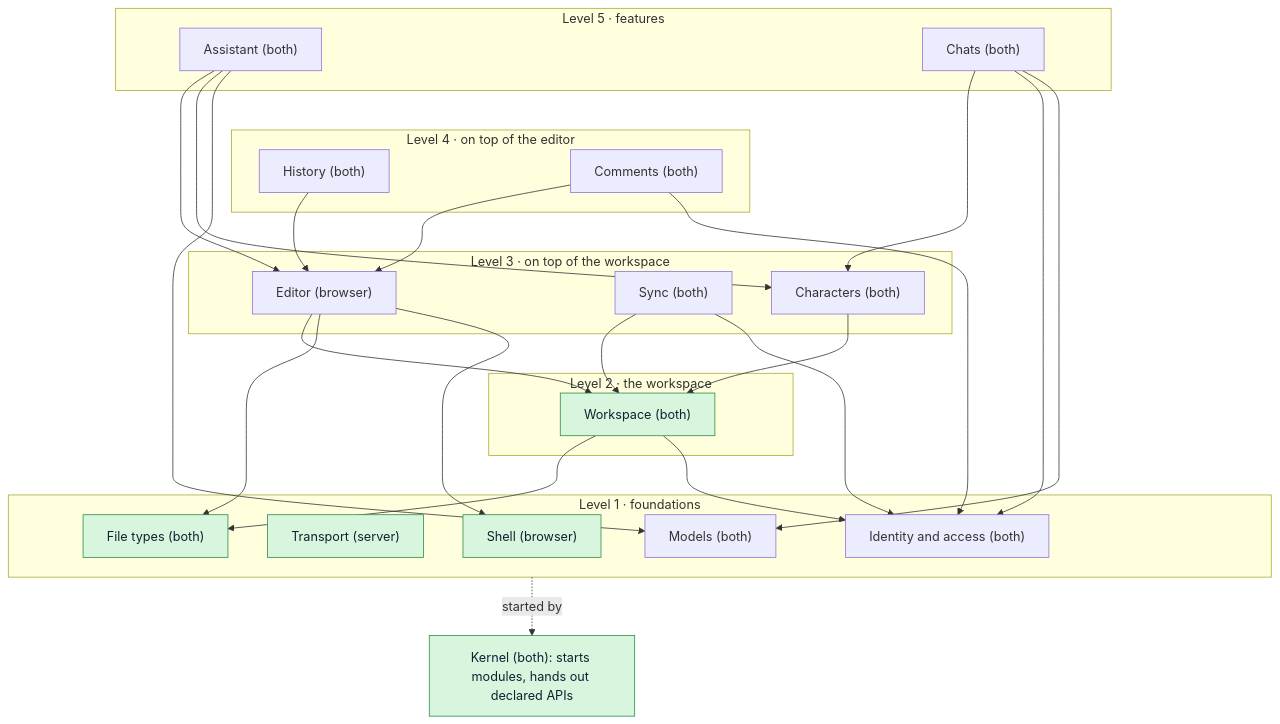
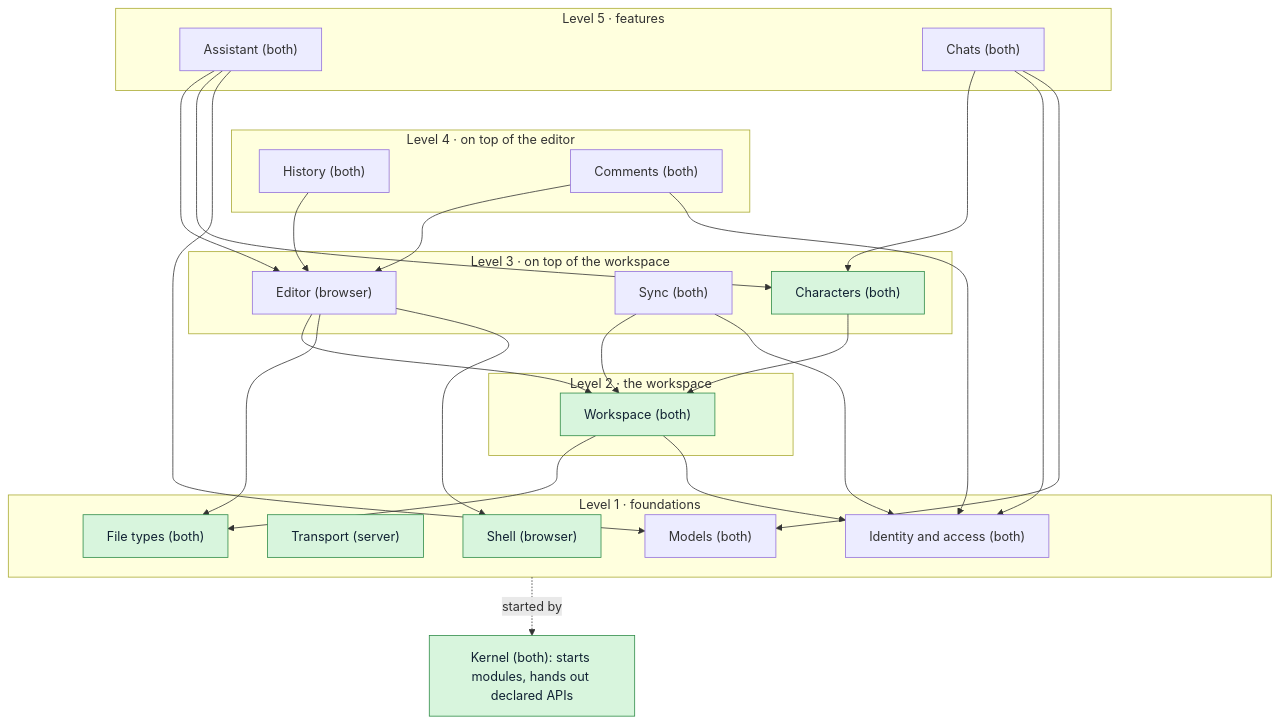
One commit to RustColeone/StiloMarker changed the first of 5 diagrams in docs/ARCHITECTURE.md. Above: the diagram before and after it, drawn with Mermaid. The commit also changed other lines of this file and 24 other files, not shown here.

````diff
--- a/docs/ARCHITECTURE.md
+++ b/docs/ARCHITECTURE.md
@@ -46,41 +46,41 @@
 ```mermaid
 flowchart TB
   subgraph L5["Level 5 · features"]
     Assistant["Assistant (both)"]
     Chats["Chats (both)"]
   end
   subgraph L4["Level 4 · on top of the editor"]
     History["History (both)"]
     Comments["Comments (both)"]
   end
   subgraph L3["Level 3 · on top of the workspace"]
     Editor["Editor (browser)"]
     Sync["Sync (both)"]
     Characters["Characters (both)"]
   end
   subgraph L2["Level 2 · the workspace"]
     Workspace["Workspace (both)"]
   end
   subgraph L1["Level 1 · foundations"]
     Shell["Shell (browser)"]
     Transport["Transport (server)"]
     Identity["Identity and access (both)"]
     FileTypes["File types (both)"]
     Models["Models (both)"]
   end
   Kernel["Kernel (both): starts modules, hands out declared APIs"]
 
   Assistant --> Editor & Characters & Models
   Chats --> Characters & Identity & Models
   History --> Editor
   Comments --> Editor & Identity
   Editor --> Workspace & FileTypes & Shell
   Characters --> Workspace
   Sync --> Workspace & Identity
   Workspace --> FileTypes & Identity
   L1 -.started by.-> Kernel
   L5 ~~~ L4 ~~~ L3 ~~~ L2 ~~~ L1
 
   classDef built fill:#d8f5dd,stroke:#2e8b47,color:#123;
-  class Shell,Transport,FileTypes,Workspace,Kernel built;
+  class Shell,Transport,FileTypes,Workspace,Characters,Kernel built;
 ```
````
